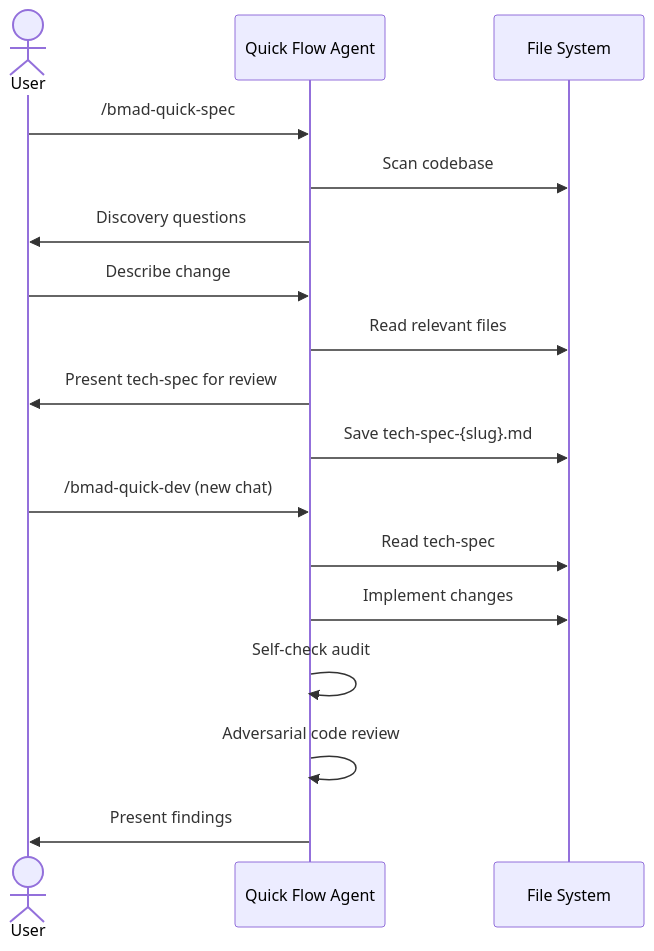
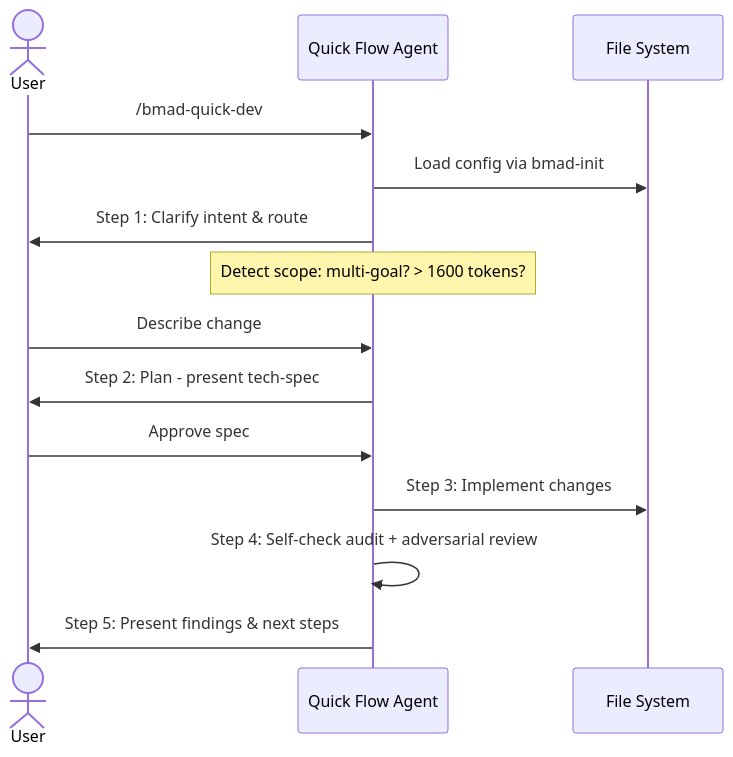
Before and after one commit to thientranhung/agentic-coding-lab: the fifth of 10 diagrams in vn/bmad-method/1. Architecture and Logic.md, drawn with Mermaid. The commit also changed other lines of this file and 14 other files, not shown here.

````diff
--- a/vn/bmad-method/1. Architecture and Logic.md
+++ b/vn/bmad-method/1. Architecture and Logic.md
@@ -169,21 +164,17 @@
 ```mermaid
 sequenceDiagram
     actor User
     participant Barry as Quick Flow Agent
     participant FS as File System
 
-    User->>Barry: /bmad-quick-spec
-    Barry->>FS: Scan codebase
-    Barry->>User: Discovery questions
+    User->>Barry: /bmad-quick-dev
+    Barry->>FS: Load config via bmad-init
+    Barry->>User: Step 1: Clarify intent & route
+    Note over Barry: Detect scope: multi-goal? > 1600 tokens?
     User->>Barry: Describe change
-    Barry->>FS: Read relevant files
-    Barry->>User: Present tech-spec for review
-    Barry->>FS: Save tech-spec-{slug}.md
-
-    User->>Barry: /bmad-quick-dev (new chat)
-    Barry->>FS: Read tech-spec
-    Barry->>FS: Implement changes
-    Barry->>Barry: Self-check audit
-    Barry->>Barry: Adversarial code review
-    Barry->>User: Present findings
+    Barry->>User: Step 2: Plan - present tech-spec
+    User->>Barry: Approve spec
+    Barry->>FS: Step 3: Implement changes
+    Barry->>Barry: Step 4: Self-check audit + adversarial review
+    Barry->>User: Step 5: Present findings & next steps
 ```
````
